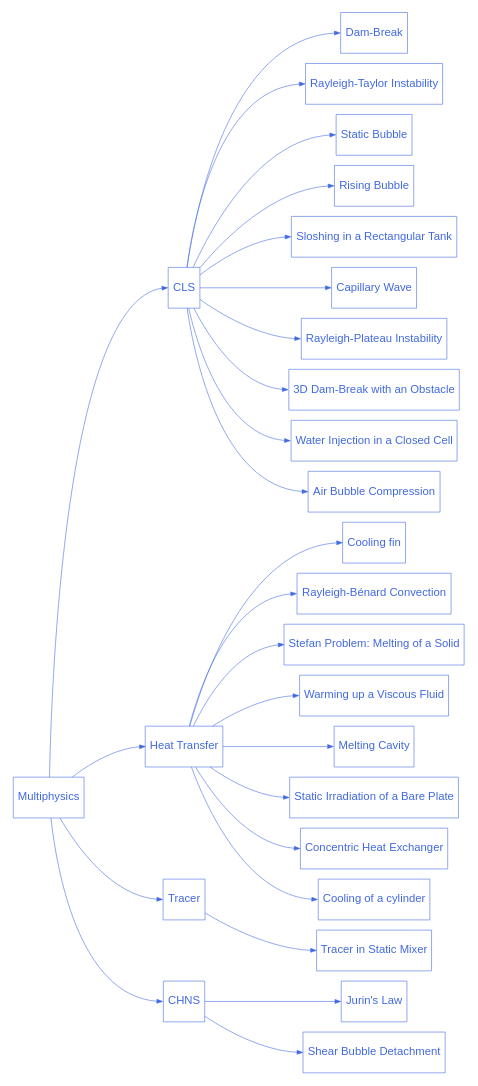
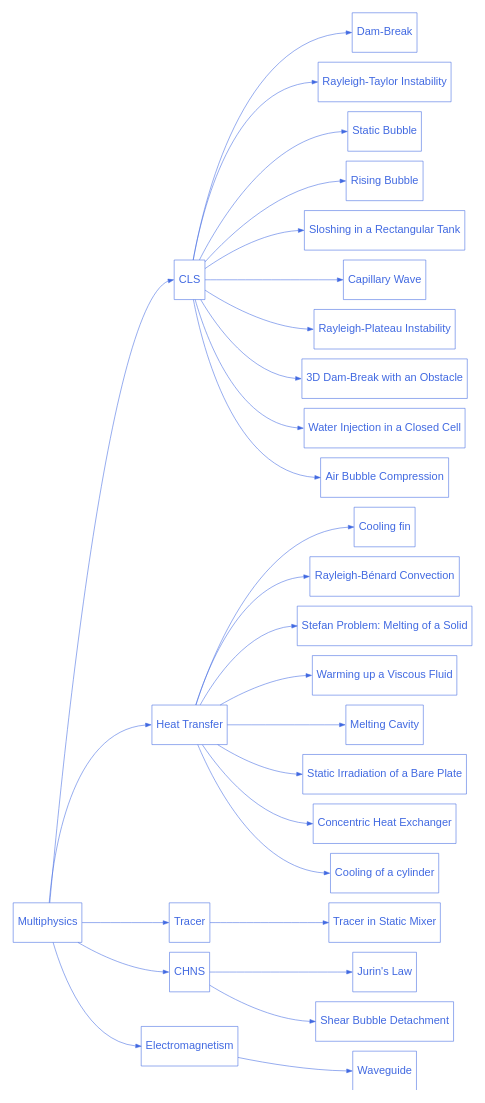
One commit to chaos-polymtl/lethe changed the diagram in doc/source/examples/multiphysics/multiphysics.rst. Above: the diagram before and after it, drawn with Graphviz. The commit also changed other lines of this file and 10 other files, not shown here.

```diff
--- a/doc/source/examples/multiphysics/multiphysics.rst
+++ b/doc/source/examples/multiphysics/multiphysics.rst
@@ -73,11 +74,16 @@
 
       multiphysics_4_2 [label="Shear Bubble Detachment", href="https://chaos-polymtl.github.io/lethe/documentation/examples/multiphysics/bubble-detachment-shear-flow/bubble-detachment-shear-flow.html"];
 
+      multiphysics_5 [label="Electromagnetism", href="https://chaos-polymtl.github.io/lethe/documentation/examples/multiphysics/electromagnetism.html"];
+
+      multiphysics_5_1 [label="Waveguide", href="https://chaos-polymtl.github.io/lethe/documentation/examples/multiphysics/waveguide/waveguide.html"];
+
 
       multiphysics -> multiphysics_1:w;
       multiphysics -> multiphysics_2:w;
       multiphysics -> multiphysics_3:w;
       multiphysics -> multiphysics_4:w;
+      multiphysics -> multiphysics_5:w;
 
       multiphysics_1 -> multiphysics_1_1:w;
       multiphysics_1 -> multiphysics_1_2:w;
@@ -103,4 +109,6 @@
 
       multiphysics_4 -> multiphysics_4_1:w;
       multiphysics_4 -> multiphysics_4_2:w;
+
+      multiphysics_5 -> multiphysics_5_1:w;
     }
```
